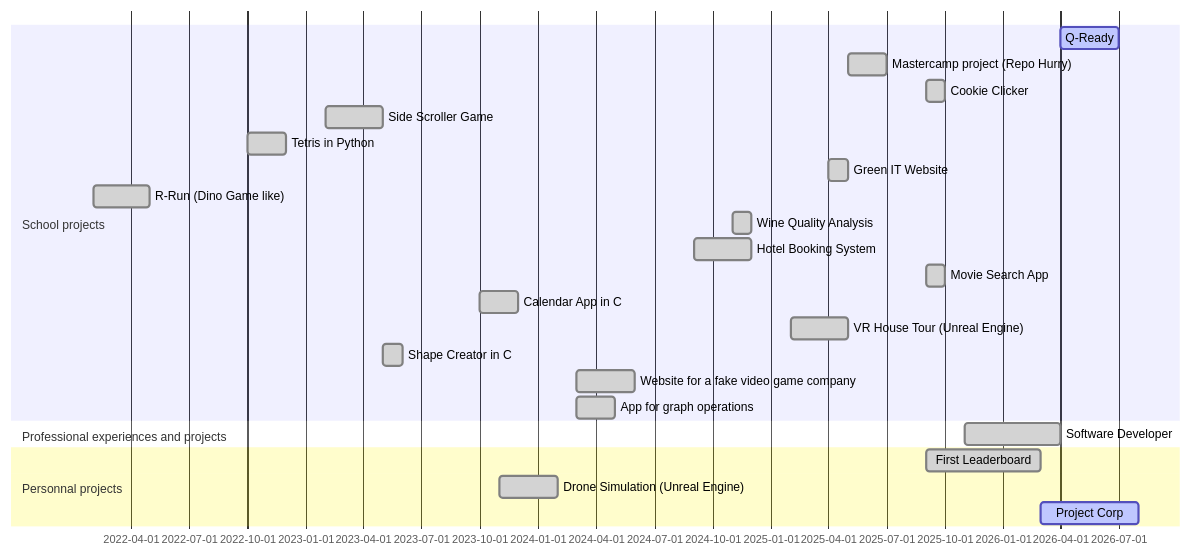
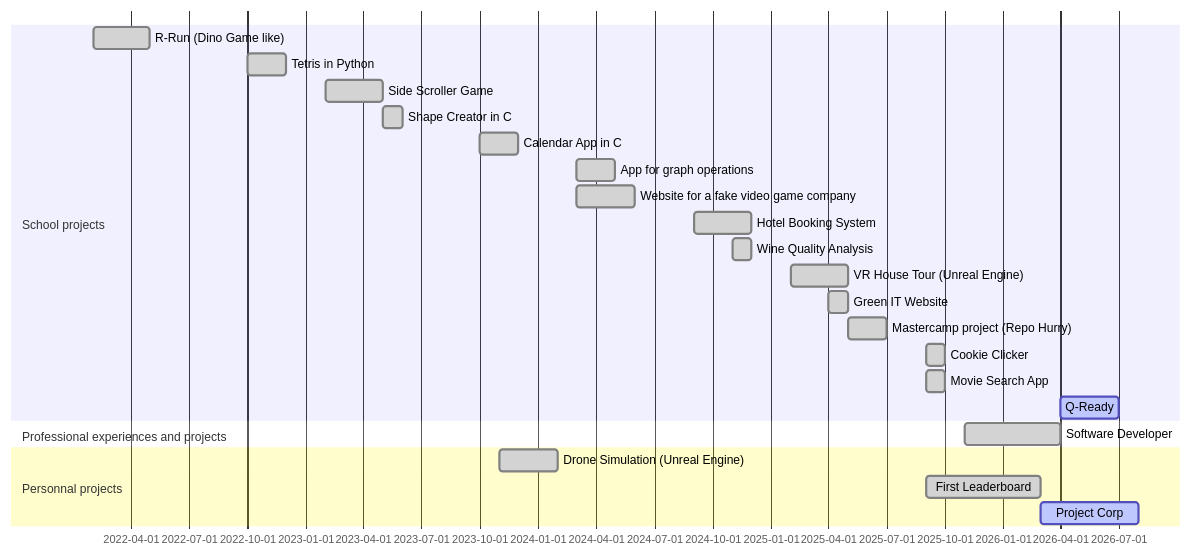
Before and after one commit to Rowuni/Rowuni: the diagram in Readme.md, drawn with Mermaid. The commit also changed other lines of this file, not shown here.

````diff
--- a/Readme.md
+++ b/Readme.md
@@ -189,26 +189,26 @@
 ```mermaid
 gantt
+    dateFormat  YYYY-MM
     section School projects
-    Q-Ready        :active, 2026-04, 2026-07
+    R-Run (Dino Game like)       :done, 2022-02, 2022-05
+    Tetris in Python       :done, 2022-10, 2022-12
+    Side Scroller Game       :done, 2023-02, 2023-05
+    Shape Creator in C       :done, 2023-05, 2023-06
+    Calendar App in C      :done, 2023-10, 2023-12
+    App for graph operations       :done, 2024-03, 2024-05
+    Website for a fake video game company       :done, 2024-03, 2024-06
+    Hotel Booking System       :done, 2024-09, 2024-12
+    Wine Quality Analysis       :done, 2024-11, 2024-12
+    VR House Tour (Unreal Engine)       :done, 2025-02, 2025-05
+    Green IT Website       :done, 2025-04, 2025-05
     Mastercamp project (Repo Hurry)       :done, 2025-05, 2025-07
     Cookie Clicker         :done, 2025-09, 2025-10
-    Side Scroller Game       :done, 2023-02, 2023-05
-    Tetris in Python       :done, 2022-10, 2022-12
-    Green IT Website       :done, 2025-04, 2025-05
-    R-Run (Dino Game like)       :done, 2022-02, 2022-05
-    Wine Quality Analysis       :done, 2024-11, 2024-12
-    Hotel Booking System       :done, 2024-09, 2024-12
     Movie Search App       :done, 2025-09, 2025-10
-    Calendar App in C      :done, 2023-10, 2023-12
-    VR House Tour (Unreal Engine)       :done, 2025-02, 2025-05
-    Shape Creator in C       :done, 2023-05, 2023-06
-    Website for a fake video game company       :done, 2024-03, 2024-06
-    App for graph operations       :done, 2024-03, 2024-05
-    dateFormat  YYYY-MM
+    Q-Ready        :active, 2026-04, 2026-07
     section Professional experiences and projects
     Software Developer           :done, 2025-11, 2026-04
     section Personnal projects
+    Drone Simulation (Unreal Engine)       :done, 2023-11, 2024-02
     First Leaderboard       :done, 2025-09, 2026-03
-    Drone Simulation (Unreal Engine)       :done, 2023-11, 2024-02
     Project Corp       :active, 2026-03, 2026-08
 ```
````
